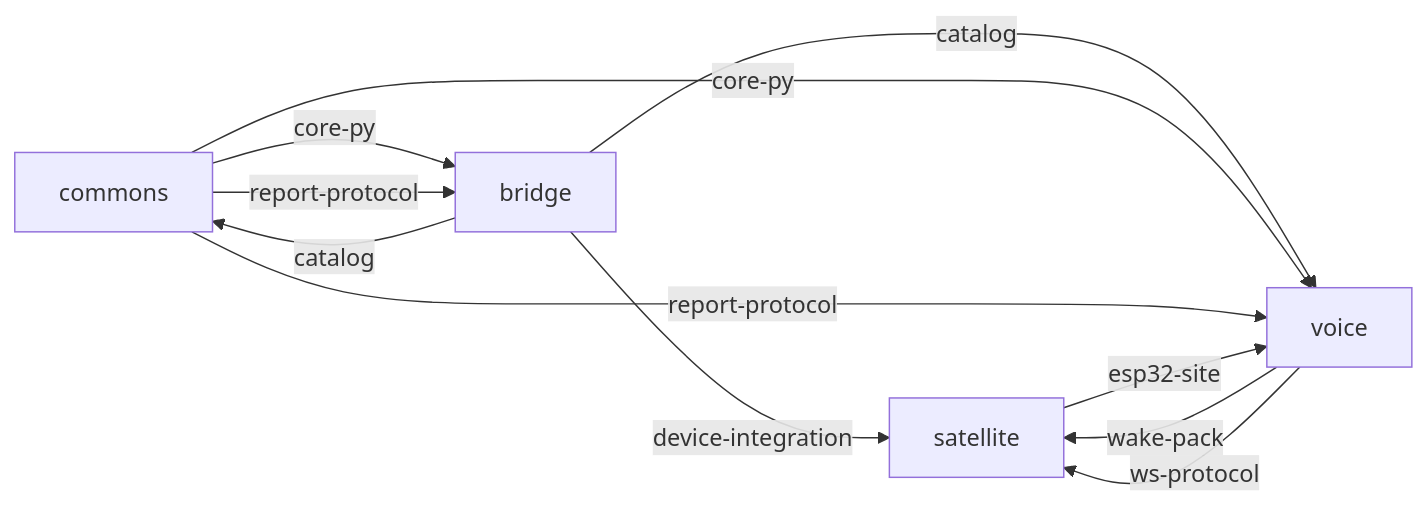
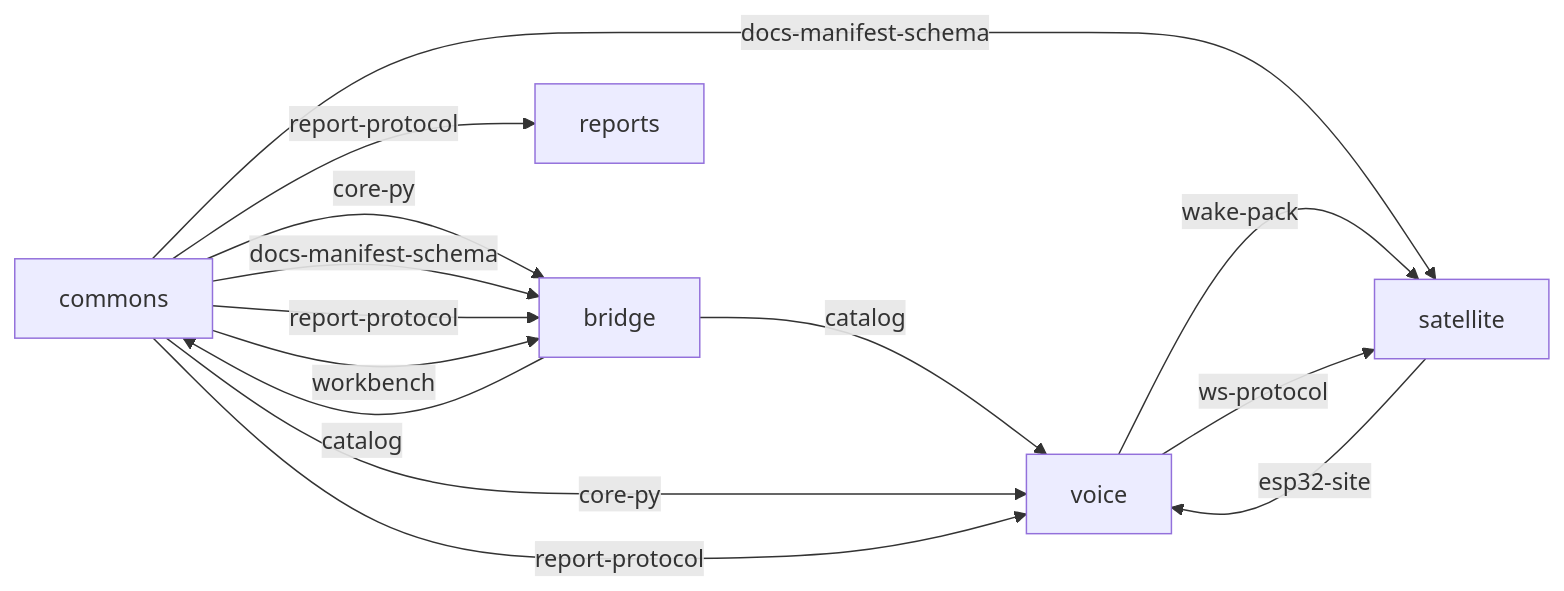
One commit to locveil/locveil-commons changed the diagram in process/contract-graph.md. Above: the diagram before and after it, drawn with Mermaid. The commit also changed other lines of this file and 6 other files, not shown here.

Commit message:
IMPL-21: locveil-reports joined the contract convention (its commit 5f4e180); graph view reads the fifth repo

````diff
--- a/process/contract-graph.md
+++ b/process/contract-graph.md
@@ -11,17 +11,21 @@
 ```mermaid
 graph LR
   commons[commons]
   voice[voice]
   bridge[bridge]
   satellite[satellite]
+  reports[reports]
   bridge -- catalog --> commons
-  bridge -- device-integration --> satellite
   bridge -- catalog --> voice
   commons -- core-py --> bridge
+  commons -- docs-manifest-schema --> bridge
   commons -- report-protocol --> bridge
+  commons -- workbench --> bridge
+  commons -- report-protocol --> reports
+  commons -- docs-manifest-schema --> satellite
   commons -- core-py --> voice
   commons -- report-protocol --> voice
   satellite -- esp32-site --> voice
   voice -- wake-pack --> satellite
   voice -- ws-protocol --> satellite
 ```
````
